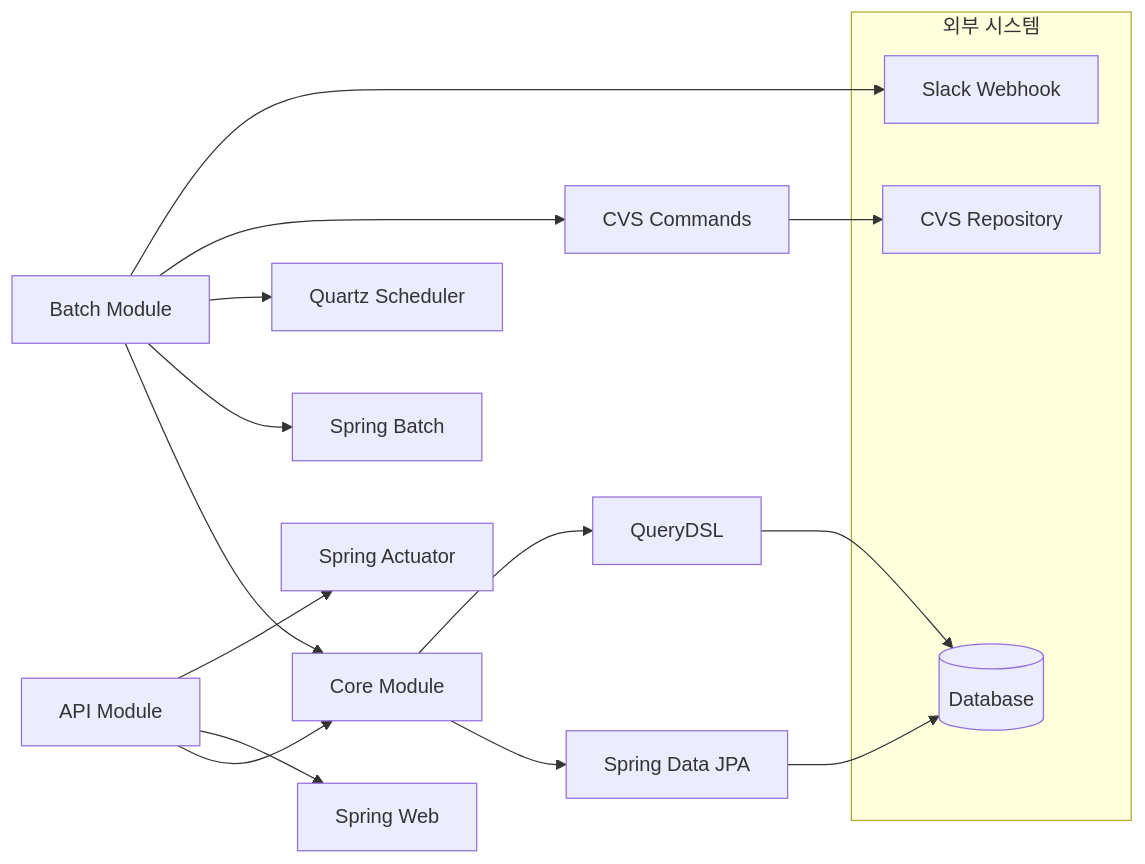
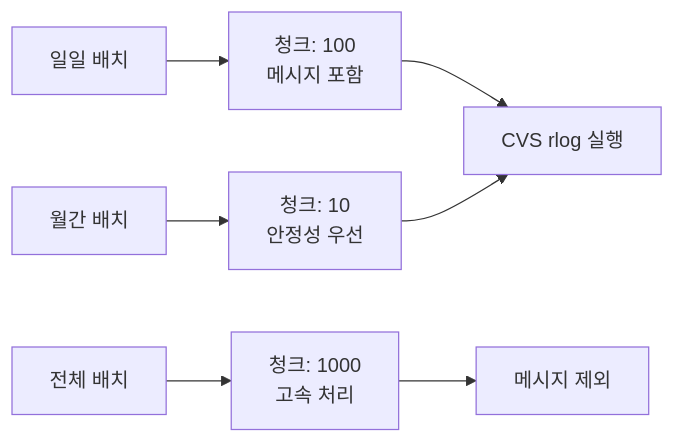
One commit to YeonsangYoon/cvslog changed the third of 10 diagrams in README.md. Above: the diagram before and after it, drawn with Mermaid. The commit also changed other lines of this file, not shown here.

Commit message:
[Docs] README 수정 및 시스템 아키텍처 섹션 추가, 주요 기능 및 모듈 설명 업데이트

````diff
--- a/README.md
+++ b/README.md
@@ -69,26 +328,10 @@
 ```mermaid
 graph LR
-    A[Batch Module] --> C[Core Module]
-    B[API Module] --> C[Core Module]
+    A[일일 배치] --> A1[청크: 100<br/>메시지 포함]
+    B[월간 배치] --> B1[청크: 10<br/>안정성 우선]
+    C[전체 배치] --> C1[청크: 1000<br/>고속 처리]
     
-    C --> D[Spring Data JPA]
-    C --> E[QueryDSL]
-    
-    A --> F[Spring Batch]
-    A --> G[Quartz Scheduler]
-    A --> H[CVS Commands]
-    
-    B --> I[Spring Web]
-    B --> J[Spring Actuator]
-    
-    subgraph "외부 시스템"
-        K[CVS Repository]
-        L[(Database)]
-        M[Slack Webhook]
-    end
-    
-    H --> K
-    D --> L
-    E --> L
-    A --> M
+    A1 --> D[CVS rlog 실행]
+    B1 --> D
+    C1 --> E[메시지 제외]
 ```
````
